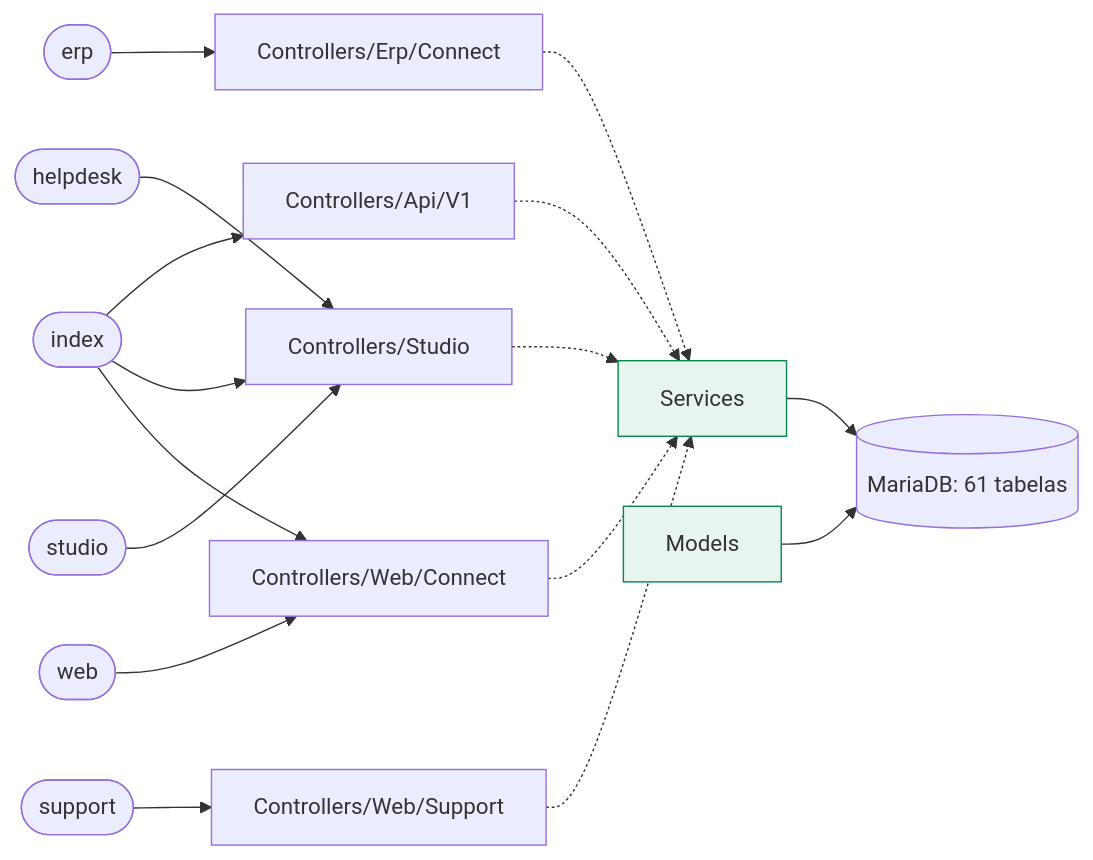
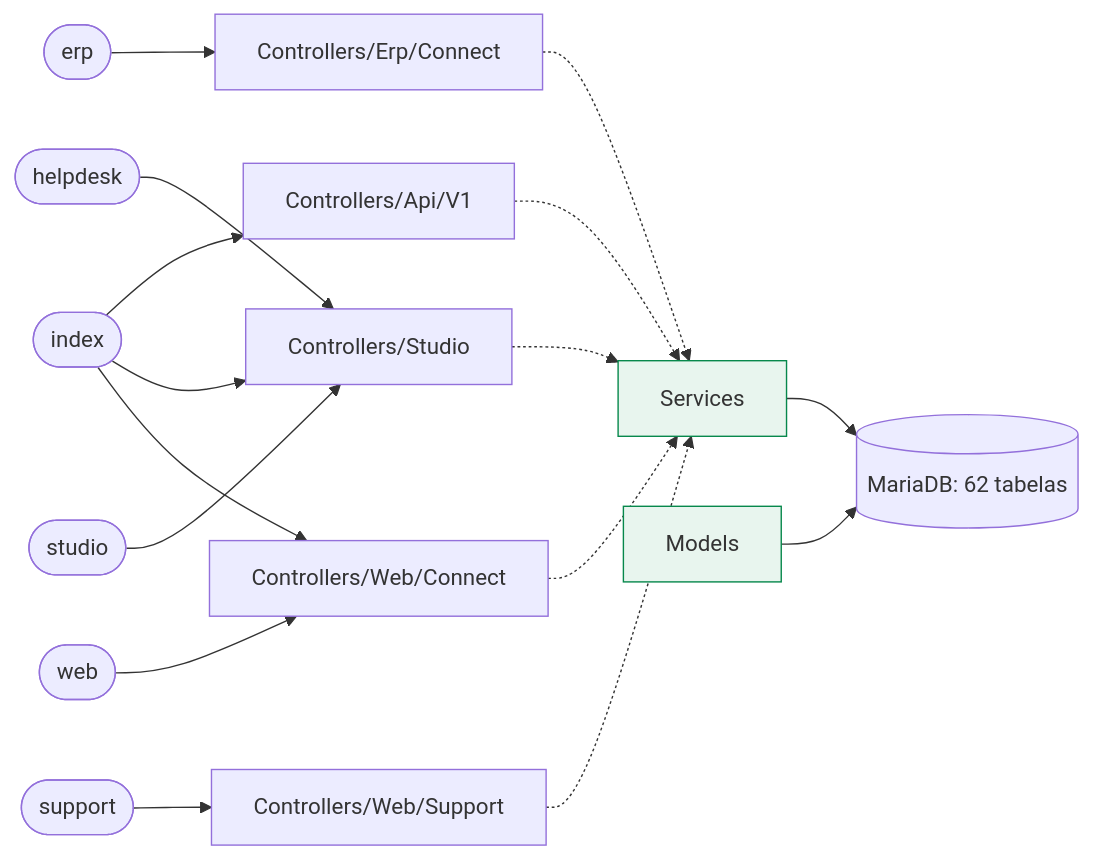
One commit to djalmamartins/connect-erp changed the first of 2 diagrams in docs/map/README.md. Above: the diagram before and after it, drawn with Mermaid. The commit also changed other lines of this file and 1 other file, not shown here.

````diff
--- a/docs/map/README.md
+++ b/docs/map/README.md
@@ -13,28 +13,28 @@
 ```mermaid
 flowchart LR
   env_erp(["erp"])
   env_erp --> pkg_Controllers_Erp_Connect["Controllers/Erp/Connect"]
   env_helpdesk(["helpdesk"])
   env_helpdesk --> pkg_Controllers_Studio["Controllers/Studio"]
   env_index(["index"])
   env_index --> pkg_Controllers_Api_V1["Controllers/Api/V1"]
   env_index --> pkg_Controllers_Studio["Controllers/Studio"]
   env_index --> pkg_Controllers_Web_Connect["Controllers/Web/Connect"]
   env_studio(["studio"])
   env_studio --> pkg_Controllers_Studio["Controllers/Studio"]
   env_support(["support"])
   env_support --> pkg_Controllers_Web_Support["Controllers/Web/Support"]
   env_web(["web"])
   env_web --> pkg_Controllers_Web_Connect["Controllers/Web/Connect"]
   pkg_svc["Services"]:::svc
   pkg_mdl["Models"]:::svc
-  db[("MariaDB: 61 tabelas")]
+  db[("MariaDB: 62 tabelas")]
   pkg_Controllers_Api_V1 -.-> pkg_svc
   pkg_Controllers_Erp_Connect -.-> pkg_svc
   pkg_Controllers_Studio -.-> pkg_svc
   pkg_Controllers_Web_Connect -.-> pkg_svc
   pkg_Controllers_Web_Support -.-> pkg_svc
   pkg_svc --> db
   pkg_mdl --> db
   classDef svc fill:#e8f5ee,stroke:#07884c
 ```
````
